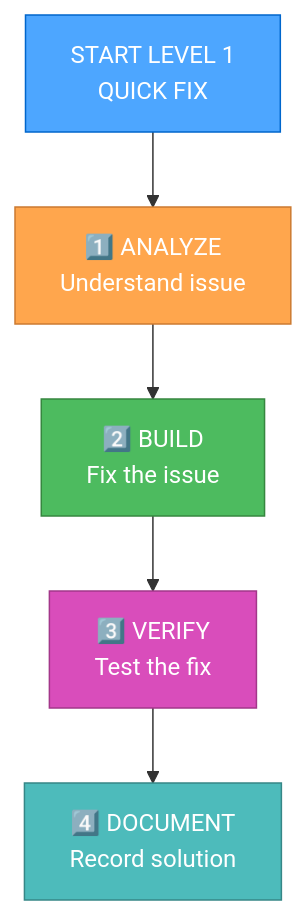
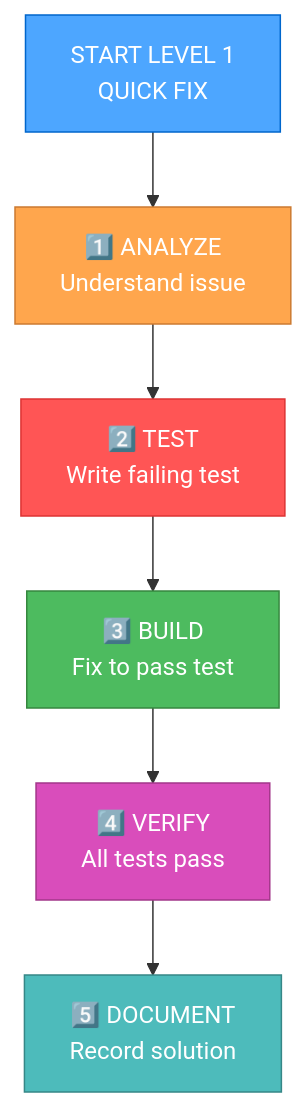
One commit to Texarkanine/.cursor-rules changed the diagram in rulesets/niko/niko/Level1/optimized-workflow-level1.mdc. Above: the diagram before and after it, drawn with Mermaid. The commit also changed other lines of this file and 14 other files, not shown here.

````diff
--- a/rulesets/niko/niko/Level1/optimized-workflow-level1.mdc
+++ b/rulesets/niko/niko/Level1/optimized-workflow-level1.mdc
@@ -13,13 +13,15 @@
 ```mermaid
 graph TD
     Start["START LEVEL 1<br>QUICK FIX"] --> Analyze["1️⃣ ANALYZE<br>Understand issue"]
-    Analyze --> Build["2️⃣ BUILD<br>Fix the issue"]
-    Build --> Verify["3️⃣ VERIFY<br>Test the fix"]
-    Verify --> Document["4️⃣ DOCUMENT<br>Record solution"]
+    Analyze --> Test["2️⃣ TEST<br>Write failing test"]
+    Test --> Build["3️⃣ BUILD<br>Fix to pass test"]
+    Build --> Verify["4️⃣ VERIFY<br>All tests pass"]
+    Verify --> Document["5️⃣ DOCUMENT<br>Record solution"]
     
     style Start fill:#4da6ff,stroke:#0066cc,color:white
     style Analyze fill:#ffa64d,stroke:#cc7a30,color:white
+    style Test fill:#ff5555,stroke:#dd3333,color:white
     style Build fill:#4dbb5f,stroke:#36873f,color:white
     style Verify fill:#d94dbb,stroke:#a3378a,color:white
     style Document fill:#4dbbbb,stroke:#368787,color:white
 ```
````
